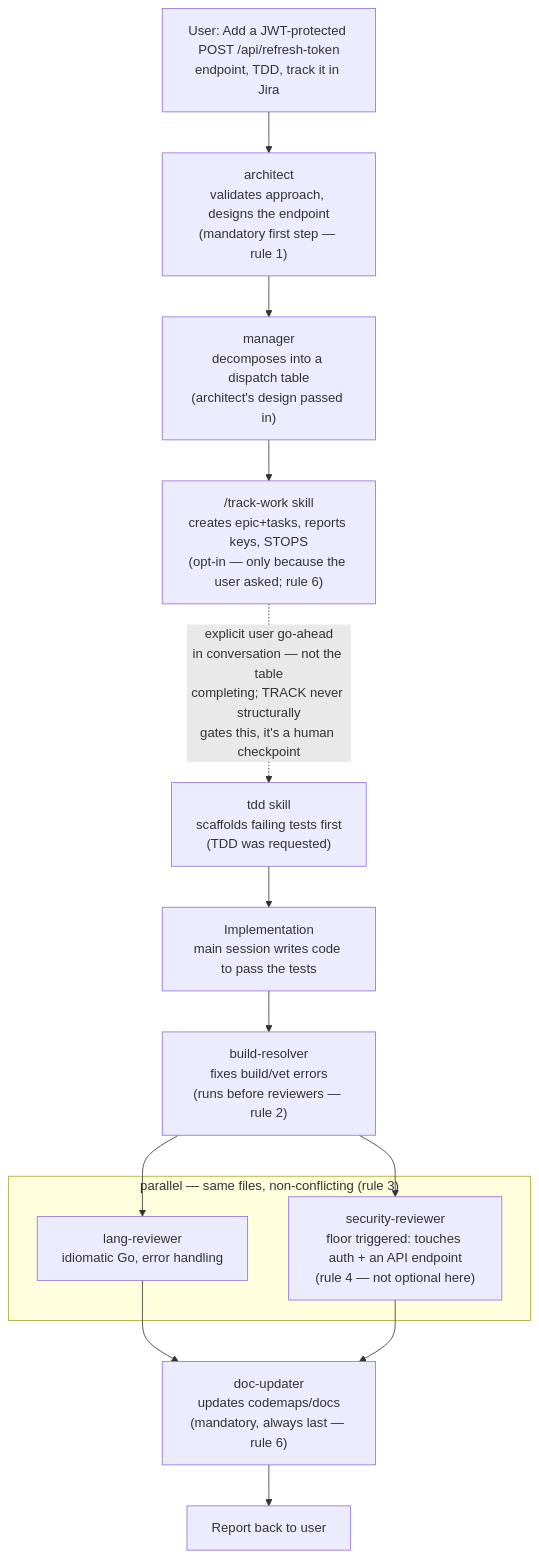
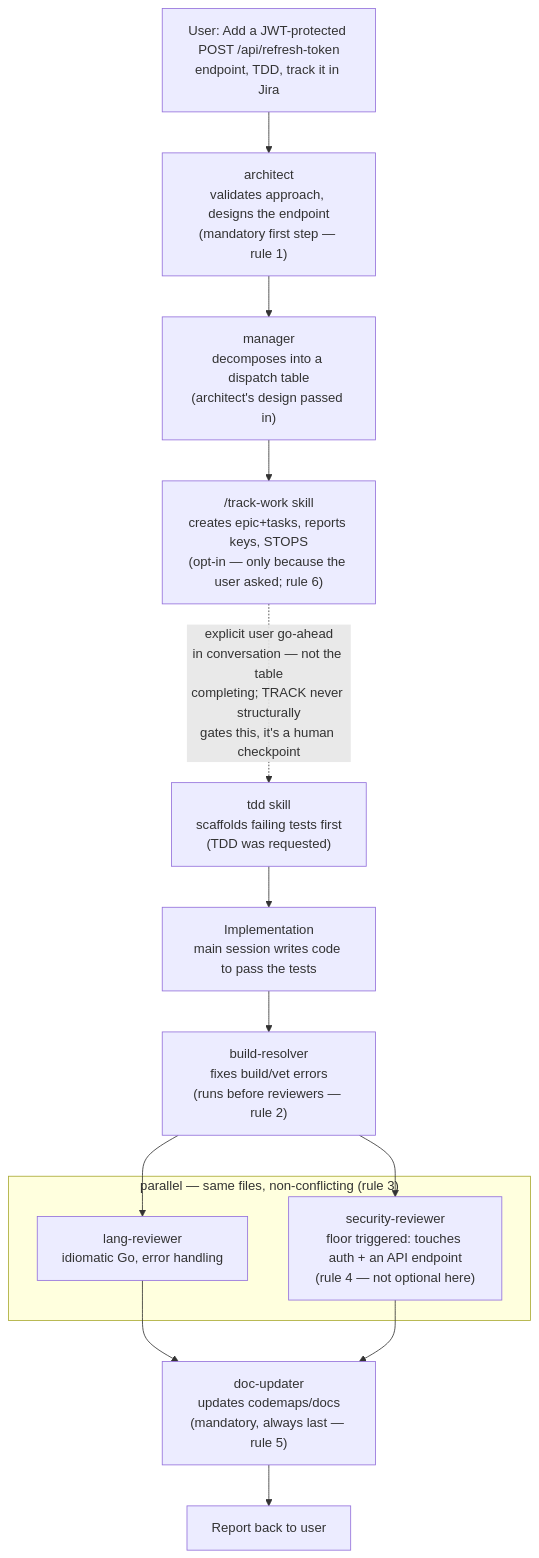
The diagram in README.md (GiovaneRibeiro-neuro/claude-setup), drawn with Mermaid before and after one commit. The commit also changed other lines of this file and 2 other files, not shown here.

````diff
--- a/README.md
+++ b/README.md
@@ -93,26 +77,26 @@
 ```mermaid
 flowchart TD
     U["User: Add a JWT-protected POST /api/refresh-token\nendpoint, TDD, track it in Jira"] --> ARCH
 
     ARCH["architect\nvalidates approach, designs the endpoint\n(mandatory first step — rule 1)"] --> MGR
 
     MGR["manager\ndecomposes into a dispatch table\n(architect's design passed in)"] --> TRACK
 
     TRACK["/track-work skill\ncreates epic+tasks, reports keys, STOPS\n(opt-in — only because the user asked; rule 6)"] -.->|"explicit user go-ahead\nin conversation — not the table\ncompleting; TRACK never structurally\ngates this, it's a human checkpoint"| TDD
 
     TDD["tdd skill\nscaffolds failing tests first\n(TDD was requested)"] --> IMPL
 
     IMPL["Implementation\nmain session writes code to pass the tests"] --> BUILD
 
     BUILD["build-resolver\nfixes build/vet errors\n(runs before reviewers — rule 2)"] --> REV
     BUILD --> SEC
 
     subgraph PAR["parallel — same files, non-conflicting (rule 3)"]
         REV["lang-reviewer\nidiomatic Go, error handling"]
         SEC["security-reviewer\nfloor triggered: touches auth + an API endpoint\n(rule 4 — not optional here)"]
     end
 
-    REV --> DOC["doc-updater\nupdates codemaps/docs\n(mandatory, always last — rule 6)"]
+    REV --> DOC["doc-updater\nupdates codemaps/docs\n(mandatory, always last — rule 5)"]
     SEC --> DOC
     DOC --> DONE["Report back to user"]
 ```
````
